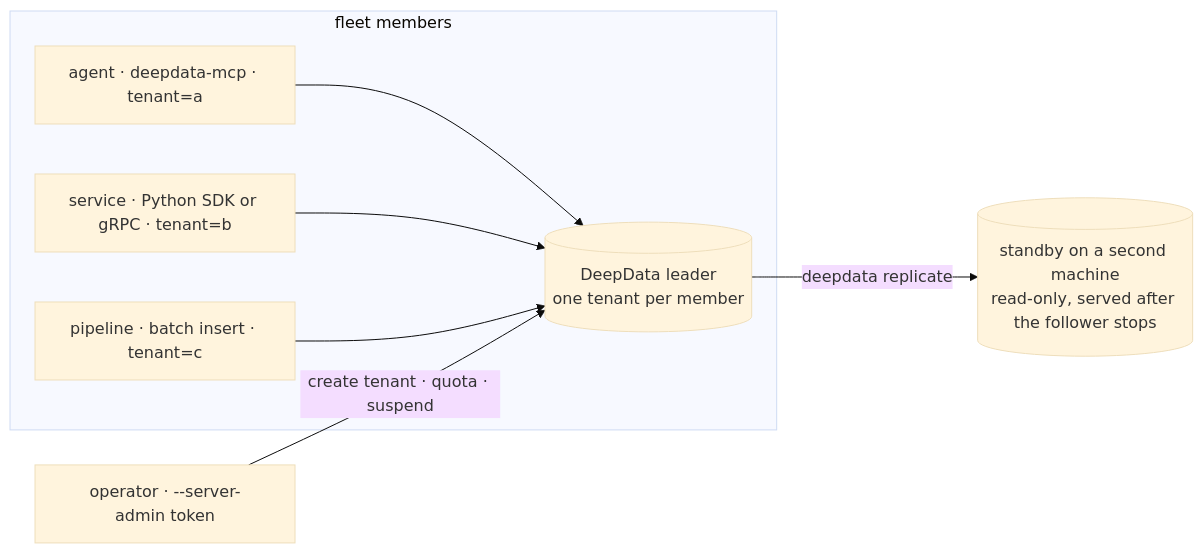
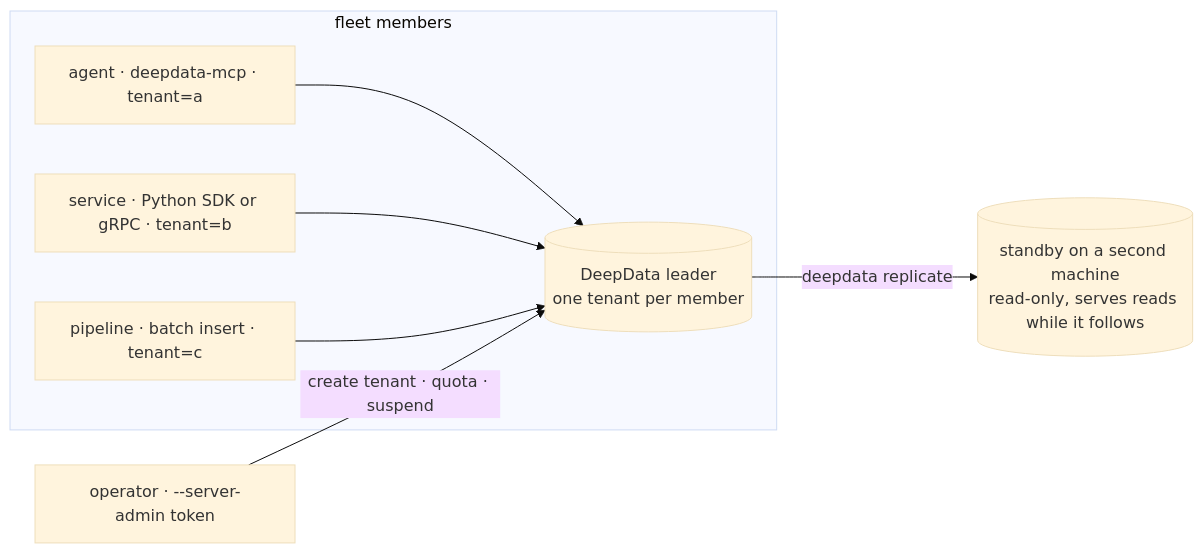
The diagram in README.md (phenomenon0/vectordb), drawn with Mermaid (base theme) before and after one commit. The commit also changed other lines of this file and 3 other files, not shown here.

````diff
--- a/README.md
+++ b/README.md
@@ -37,11 +37,11 @@
 ```mermaid
 flowchart LR
     subgraph members["fleet members"]
         A["agent · deepdata-mcp · tenant=a"] --> L
         B["service · Python SDK or gRPC · tenant=b"] --> L
         C["pipeline · batch insert · tenant=c"] --> L
     end
     L[("DeepData leader<br/>one tenant per member")]
-    L -->|deepdata replicate| S[("standby on a second machine<br/>read-only, served after the follower stops")]
+    L -->|deepdata replicate| S[("standby on a second machine<br/>read-only, serves reads while it follows")]
     O["operator · --server-admin token"] -->|create tenant · quota · suspend| L
 ```
````
